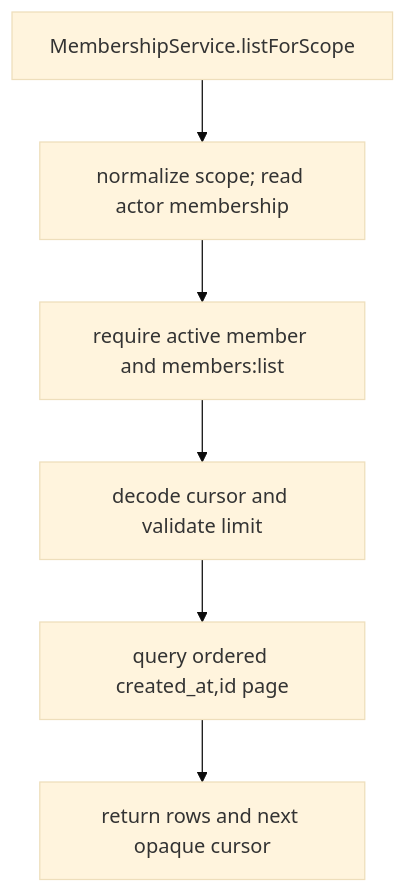
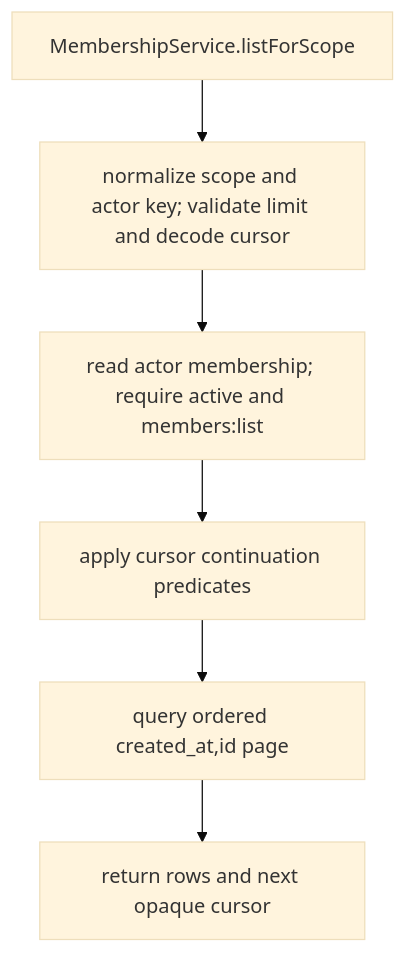
One commit to Kevinjohn/oss-adonisjs-access-control changed the second of 2 diagrams in user-stories/US-ACCESS-16-list-members.md. Above: the diagram before and after it, drawn with Mermaid (base theme). The commit also changed 6 other files, not shown here.

````diff
--- a/user-stories/US-ACCESS-16-list-members.md
+++ b/user-stories/US-ACCESS-16-list-members.md
@@ -34,8 +34,8 @@
 ```mermaid
 flowchart TD
-    A["MembershipService.listForScope"] --> B["normalize scope; read actor membership"]
-    B --> C["require active member and members:list"]
-    C --> D["decode cursor and validate limit"]
+    A["MembershipService.listForScope"] --> B["normalize scope and actor key; validate limit and decode cursor"]
+    B --> C["read actor membership; require active and members:list"]
+    C --> D["apply cursor continuation predicates"]
     D --> E["query ordered created_at,id page"]
     E --> F["return rows and next opaque cursor"]
 ```
````
